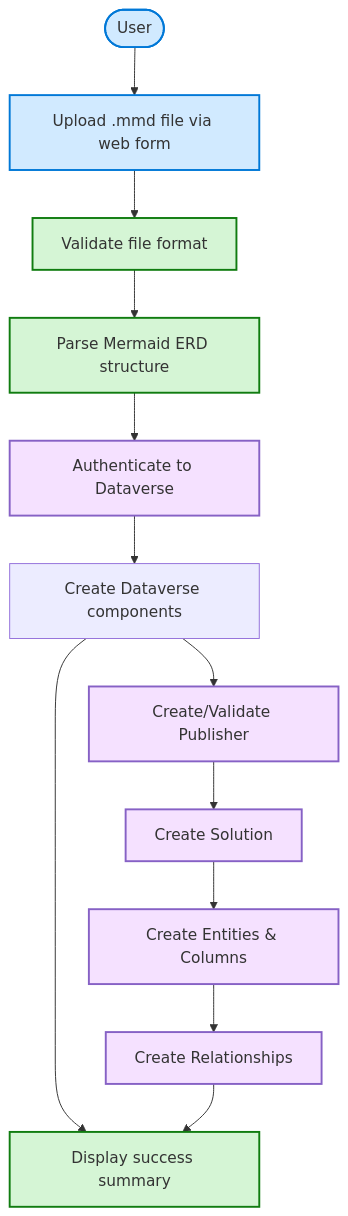
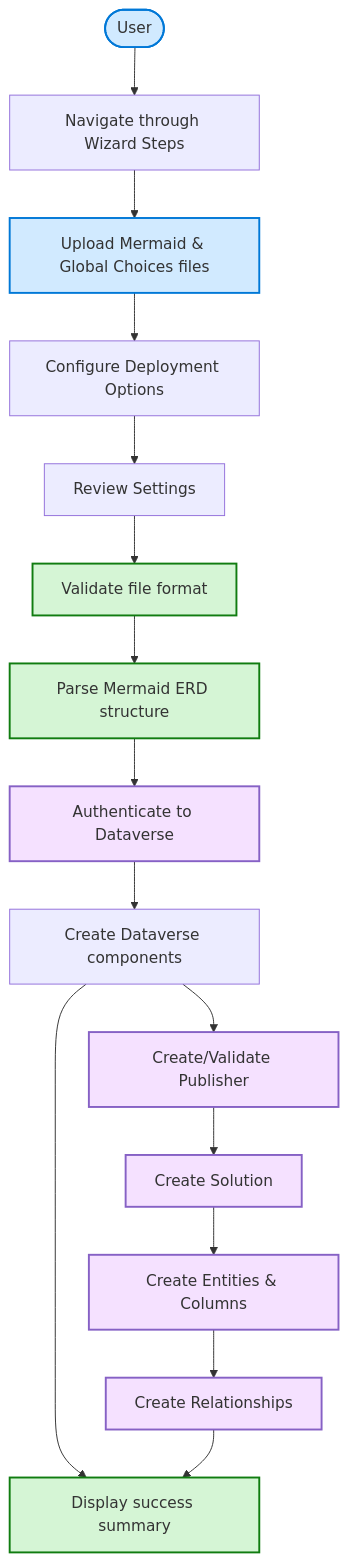
Before and after one commit to LuiseFreese/mermaid: the first of 5 diagrams in docs/USAGE-GUIDE.md, drawn with Mermaid. The commit also changed other lines of this file and 15 other files, not shown here.

````diff
--- a/docs/USAGE-GUIDE.md
+++ b/docs/USAGE-GUIDE.md
@@ -210,26 +224,29 @@
 ```mermaid
 flowchart TD
-    %% Web interface flow
-    start([User]) --> upload[Upload .mmd file via web form]
-    upload --> validate[Validate file format]
+    %% Wizard interface flow
+    start([User]) --> wizard[Navigate through Wizard Steps]
+    wizard --> upload[Upload Mermaid & Global Choices files]
+    upload --> config[Configure Deployment Options]
+    config --> review[Review Settings]
+    review --> validate[Validate file format]
     validate --> parse[Parse Mermaid ERD structure]
     parse --> auth[Authenticate to Dataverse]
     auth --> create[Create Dataverse components]
     create --> complete[Display success summary]
     
     %% Detailed creation process
     create --> publisher[Create/Validate Publisher]
     publisher --> solution[Create Solution]
     solution --> entities[Create Entities & Columns]
     entities --> relationships[Create Relationships]
     relationships --> complete
     
     %% Styling
     classDef userAction fill:#d1eaff,stroke:#0078d7,stroke-width:2px
     classDef process fill:#d5f5d5,stroke:#107c10,stroke-width:2px
     classDef dataverse fill:#f5e1ff,stroke:#8661c5,stroke-width:2px
     
     class start,upload userAction
     class validate,parse,complete process
     class auth,publisher,solution,entities,relationships dataverse
 ```
````
